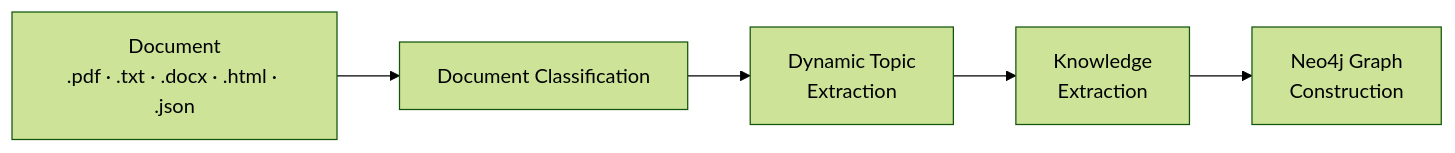
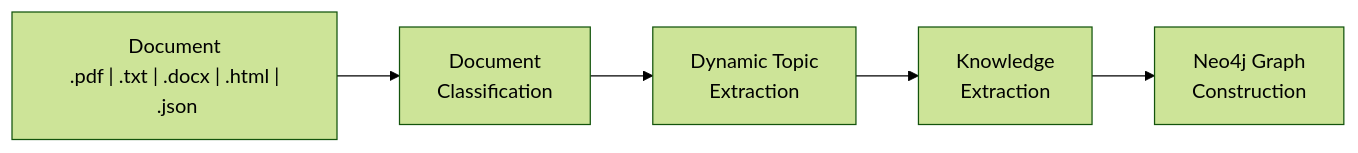
The diagram in README.md (jessicabat/market-foundry), drawn with Mermaid (forest theme) before and after one commit.

Commit message:
readme update

````diff
--- a/README.md
+++ b/README.md
@@ -41,7 +41,7 @@
 ```mermaid
 flowchart LR
-    A["Document<br/>.pdf · .txt · .docx · .html · .json"] --> B["Document Classification"]
+    A["Document<br/>.pdf&nbsp;|&nbsp;.txt&nbsp;|&nbsp;.docx&nbsp;|&nbsp;.html&nbsp;|&nbsp;.json"] --> B["Document<br/>Classification"]
     B --> C["Dynamic Topic<br/>Extraction"]
     C --> D["Knowledge<br/>Extraction"]
     D --> E["Neo4j Graph<br/>Construction"]
 ```
````
